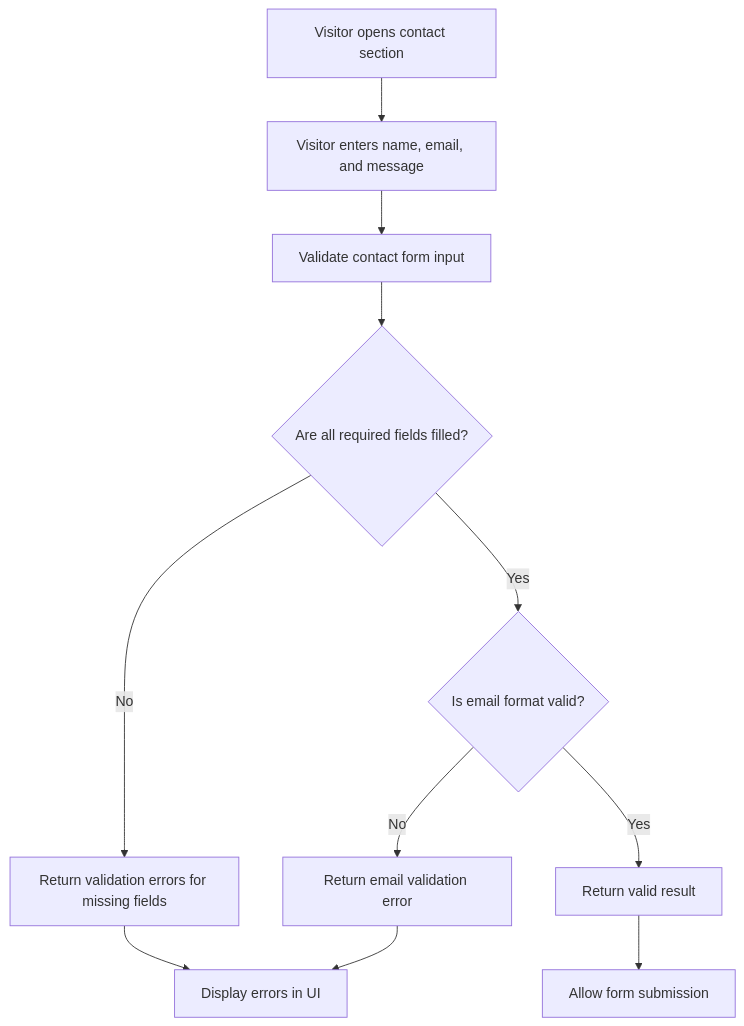
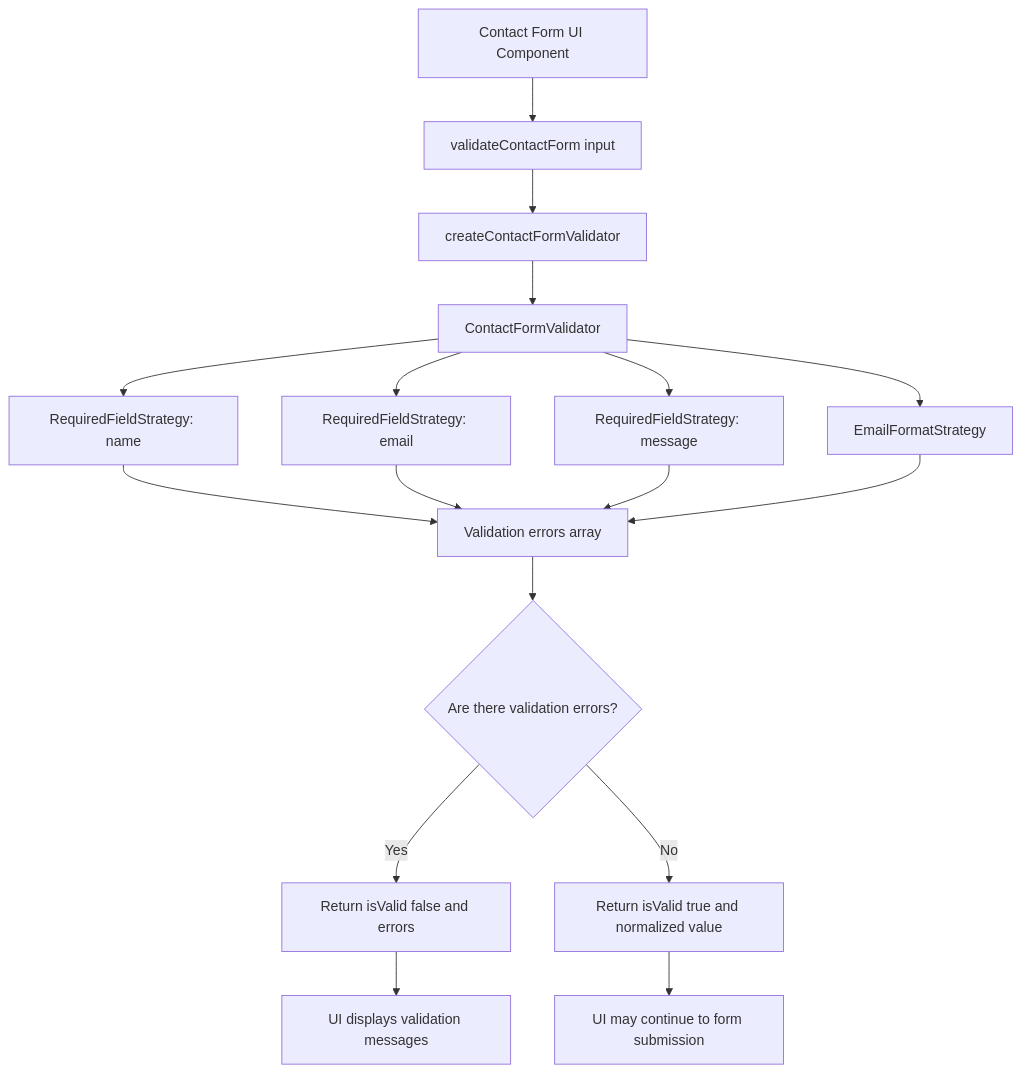
The diagram in docs/architecture/flow_contact_form_validation.md (DizzyWaters/Commercial_Website_prototype), drawn with Mermaid before and after one commit. The commit also changed other lines of this file and 11 other files, not shown here.

Commit message:
Implemented contact with validation module with Strategy pattern

````diff
--- a/docs/architecture/flow_contact_form_validation.md
+++ b/docs/architecture/flow_contact_form_validation.md
@@ -5,16 +5,23 @@
 ```mermaid
 flowchart TD
-    A[Visitor opens contact section] --> B[Visitor enters name, email, and message]
-    B --> C[Validate contact form input]
+    A[Contact Form UI Component] --> B[validateContactForm input]
+    B --> C[createContactFormValidator]
+    C --> D[ContactFormValidator]
 
-    C --> D{Are all required fields filled?}
-    D -- No --> E[Return validation errors for missing fields]
-    D -- Yes --> F{Is email format valid?}
+    D --> E[RequiredFieldStrategy: name]
+    D --> F[RequiredFieldStrategy: email]
+    D --> G[RequiredFieldStrategy: message]
+    D --> H[EmailFormatStrategy]
 
-    F -- No --> G[Return email validation error]
-    F -- Yes --> H[Return valid result]
+    E --> I[Validation errors array]
+    F --> I
+    G --> I
+    H --> I
 
-    E --> I[Display errors in UI]
-    G --> I
-    H --> J[Allow form submission]
+    I --> J{Are there validation errors?}
+    J -- Yes --> K[Return isValid false and errors]
+    J -- No --> L[Return isValid true and normalized value]
+
+    K --> M[UI displays validation messages]
+    L --> N[UI may continue to form submission]
 ```
````
